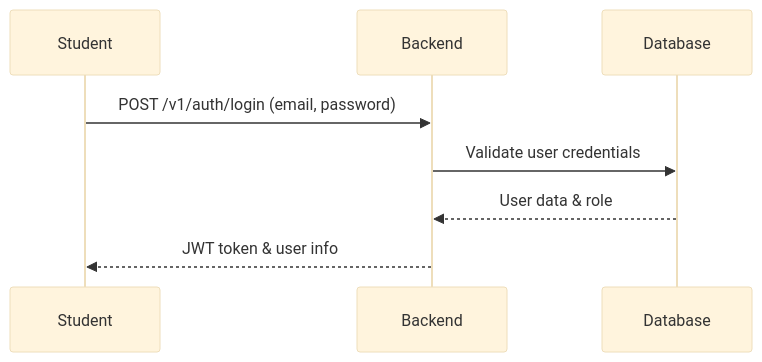
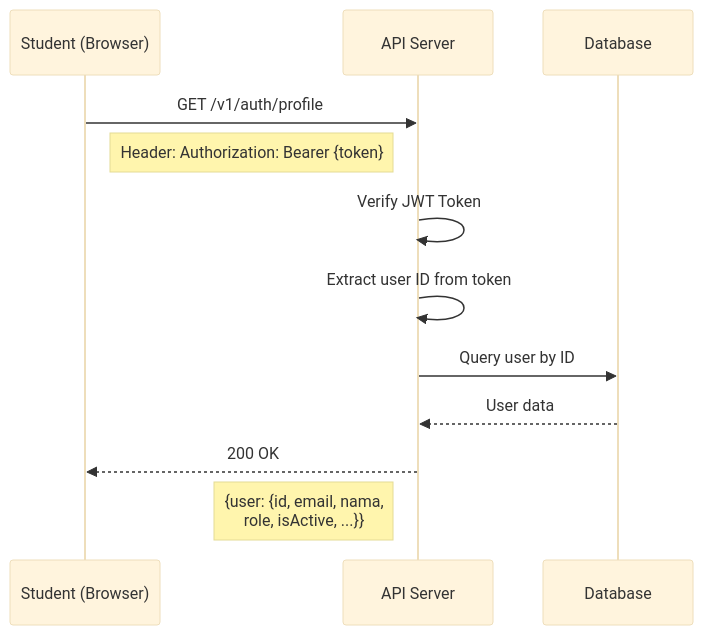
One commit to SangBejoo/cbt-mini-project changed the third of 16 diagrams in README.md. Above: the diagram before and after it, drawn with Mermaid (base theme). The commit also changed other lines of this file, not shown here.

````diff
--- a/README.md
+++ b/README.md
@@ -471,11 +466,19 @@
 ```mermaid
 sequenceDiagram
-    participant Student
-    participant Backend
-    participant Database
+    participant Student as Student (Browser)
+    participant API as API Server
+    participant DB as Database
+    
+    Student->>API: GET /v1/auth/profile
+    Note right of Student: Header: Authorization: Bearer {token}
+    
+    API->>API: Verify JWT Token
+    API->>API: Extract user ID from token
+    
+    API->>DB: Query user by ID
+    DB-->>API: User data
+    
+    API-->>Student: 200 OK
+    Note left of API: {user: {id, email, nama,<br/>role, isActive, ...}}
 
-    Student->>Backend: POST /v1/auth/login (email, password)
-    Backend->>Database: Validate user credentials
-    Database-->>Backend: User data & role
-    Backend-->>Student: JWT token & user info
 ```
````
